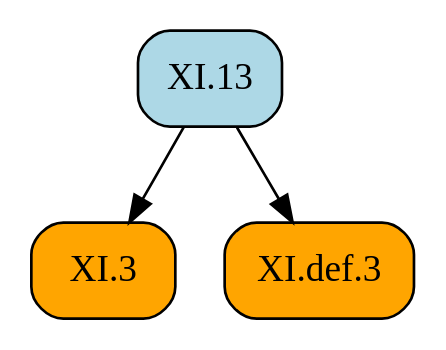
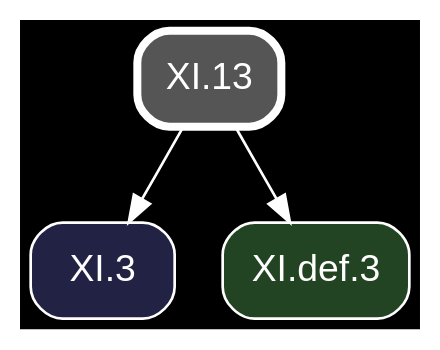
One commit to geometor/elements changed the diagram in docsrc/heath/XI/13/index.rst. Above: the diagram before and after it, drawn with Graphviz. The commit also changed other lines of this file and 1200 other files, not shown here.

Commit message:
update dependency graphs

```diff
--- a/docsrc/heath/XI/13/index.rst
+++ b/docsrc/heath/XI/13/index.rst
@@ -37,11 +37,13 @@
 .. graphviz::
 
    digraph {
+     bgcolor="black";
+     node [shape=box, style="rounded,filled", fontname="Helvetica", color="white", fontcolor="white"];
+     edge [color="white", fontcolor="white"];
      rankdir="TB";
-     node [shape=box, style=rounded];
-     "XI.3" [style="rounded,filled", fillcolor=orange, URL="/heath/XI/3/", target="_top"];
-     "XI.13" [style="rounded,filled", fillcolor=lightblue, URL="/heath/XI/13/", target="_top"];
-     "XI.def.3" [style="rounded,filled", fillcolor=orange, URL="/heath/XI/def.3/", target="_top"];
+     "XI.3" [fillcolor="#222244", URL="/heath/XI/3/", target="_top"];
+     "XI.def.3" [fillcolor="#224422", URL="/heath/XI/def.3/", target="_top"];
+     "XI.13" [penwidth=3, color="white", fillcolor="#555555", URL="/heath/XI/13/", target="_top"];
      "XI.13" -> "XI.3";
      "XI.13" -> "XI.def.3";
    }
```
